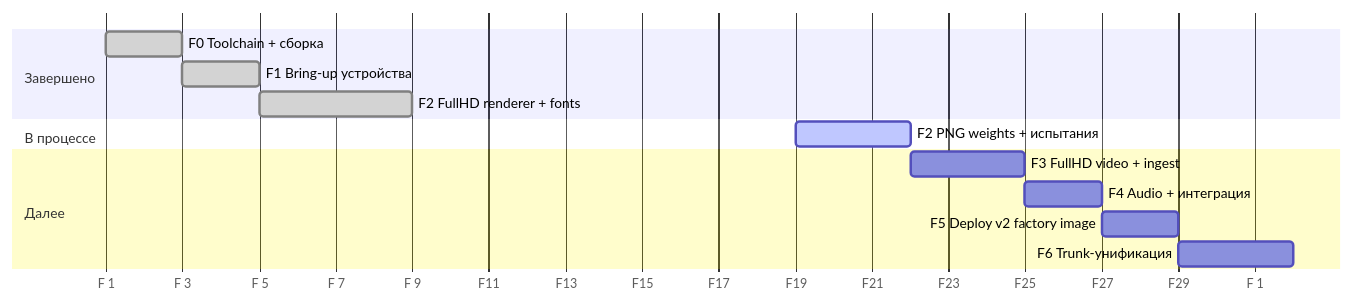
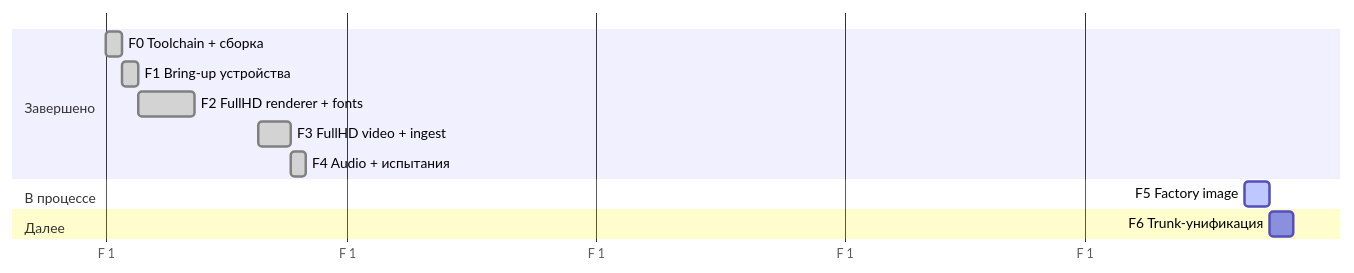
One commit to OSabuser/rpi-multimedia-display changed the third of 3 diagrams in README.md. Above: the diagram before and after it, drawn with Mermaid. The commit also changed other lines of this file and 31 other files, not shown here.

Commit message:
# PHASE 4: done; golden image

````diff
--- a/README.md
+++ b/README.md
@@ -240,19 +258,18 @@
 ```mermaid
 gantt
     dateFormat  YYYY-MM-DD
     axisFormat  F%e
 
     section Завершено
     F0 Toolchain + сборка      :done, f0, 2026-06-01, 2d
     F1 Bring-up устройства     :done, f1, after f0, 2d
-    F2 FullHD renderer + fonts :done, f2, after f1, 4d
+    F2 FullHD renderer + fonts :done, f2, after f1, 7d
+    F3 FullHD video + ingest   :done, f3, 2026-06-20, 4d
+    F4 Audio + испытания       :done, f4, after f3, 2d
 
     section В процессе
-    F2 PNG weights + испытания :active, f2b, 2026-06-19, 3d
+    F5 Factory image           :active, f5, 2026-10-21, 3d
 
     section Далее
-    F3 FullHD video + ingest   :f3, after f2b, 3d
-    F4 Audio + интеграция      :f4, after f3, 2d
-    F5 Deploy v2 factory image :f5, after f4, 2d
     F6 Trunk-унификация        :f6, after f5, 3d
 ```
````
